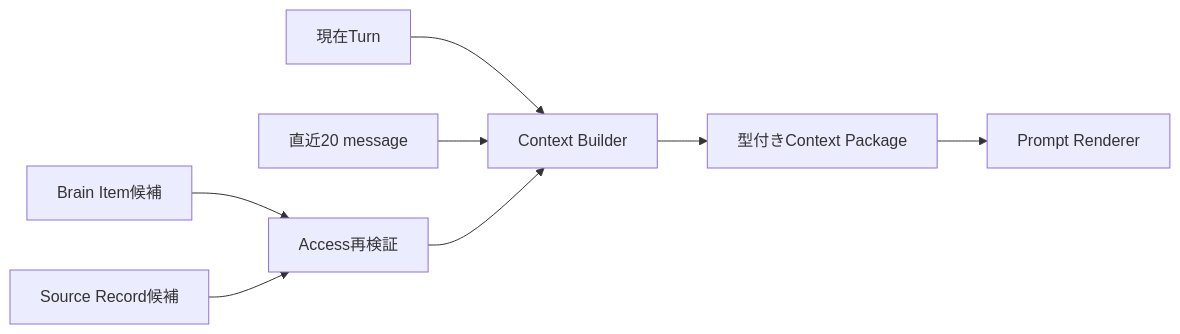
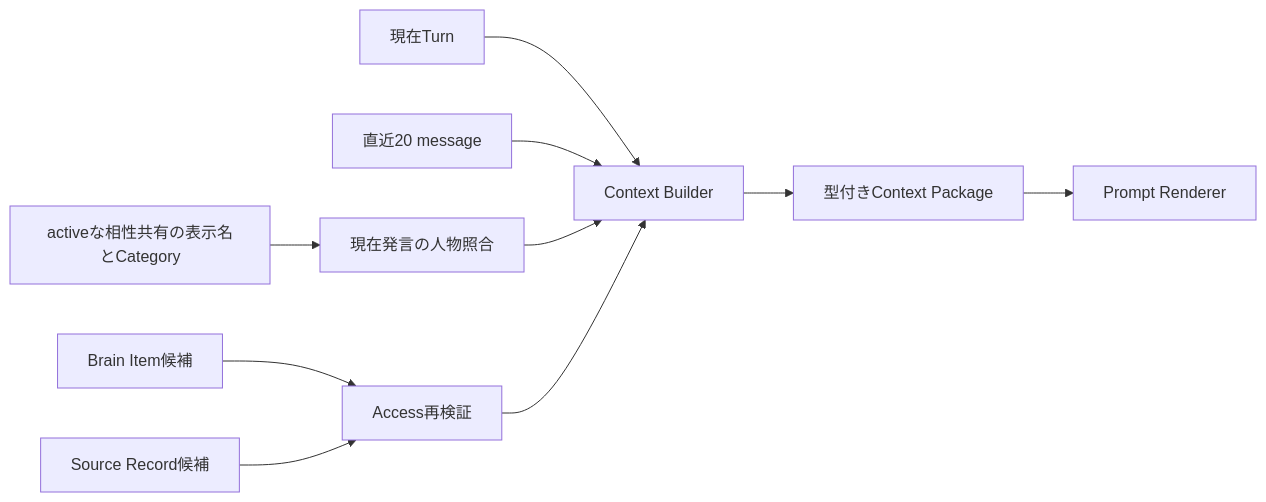
Before and after one commit to kkyosuke/me-builder: the ninth of 10 diagrams in docs/architecture/diary-chat-implementation-design.md, drawn with Mermaid. The commit also changed other lines of this file and 20 other files, not shown here.

````diff
--- a/docs/architecture/diary-chat-implementation-design.md
+++ b/docs/architecture/diary-chat-implementation-design.md
@@ -649,10 +649,12 @@
 ```mermaid
 flowchart LR
     M[現在Turn] --> C[Context Builder]
     R[直近20 message] --> C
+    S[activeな相性共有の表示名とCategory] --> I[現在発言の人物照合]
+    I --> C
     B[Brain Item候補] --> A[Access再検証]
     E[Source Record候補] --> A
     A --> C
     C --> T[型付きContext Package]
     T --> P[Prompt Renderer]
 ```
````
